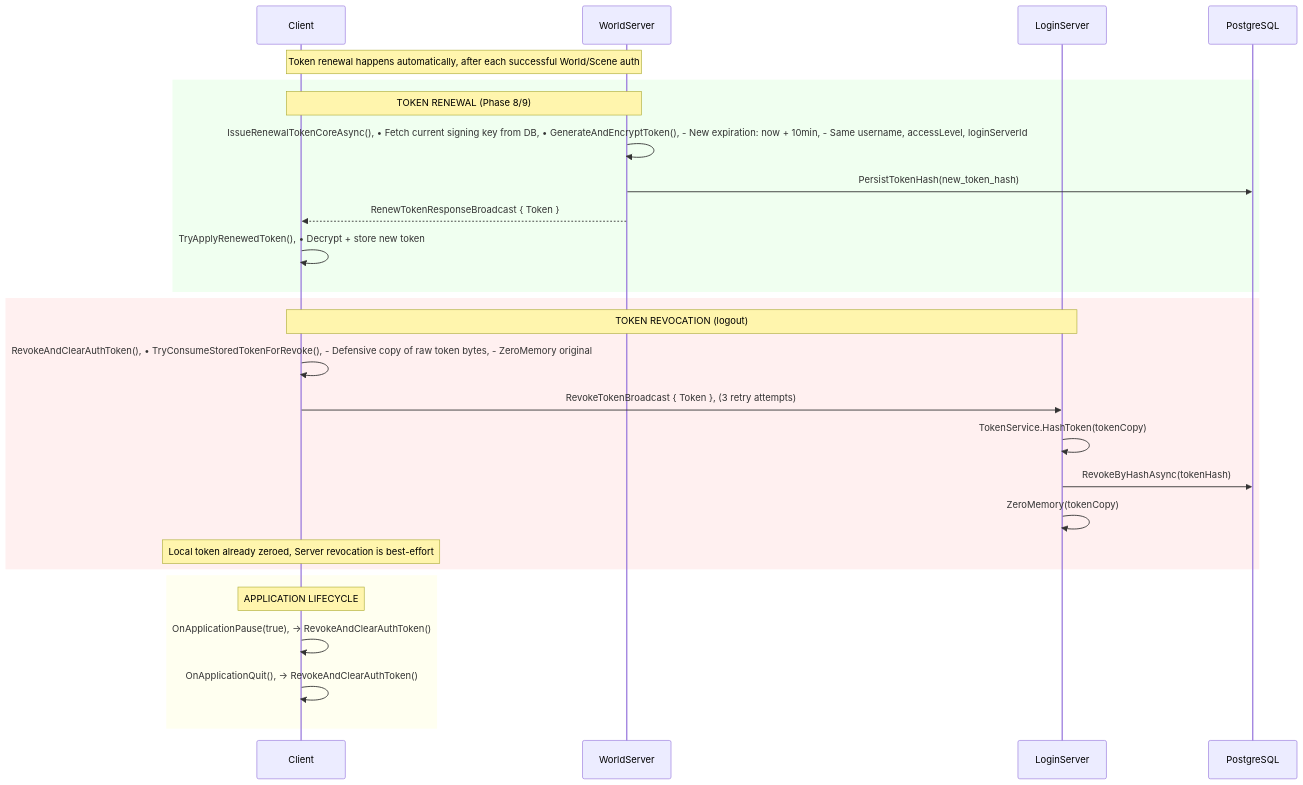
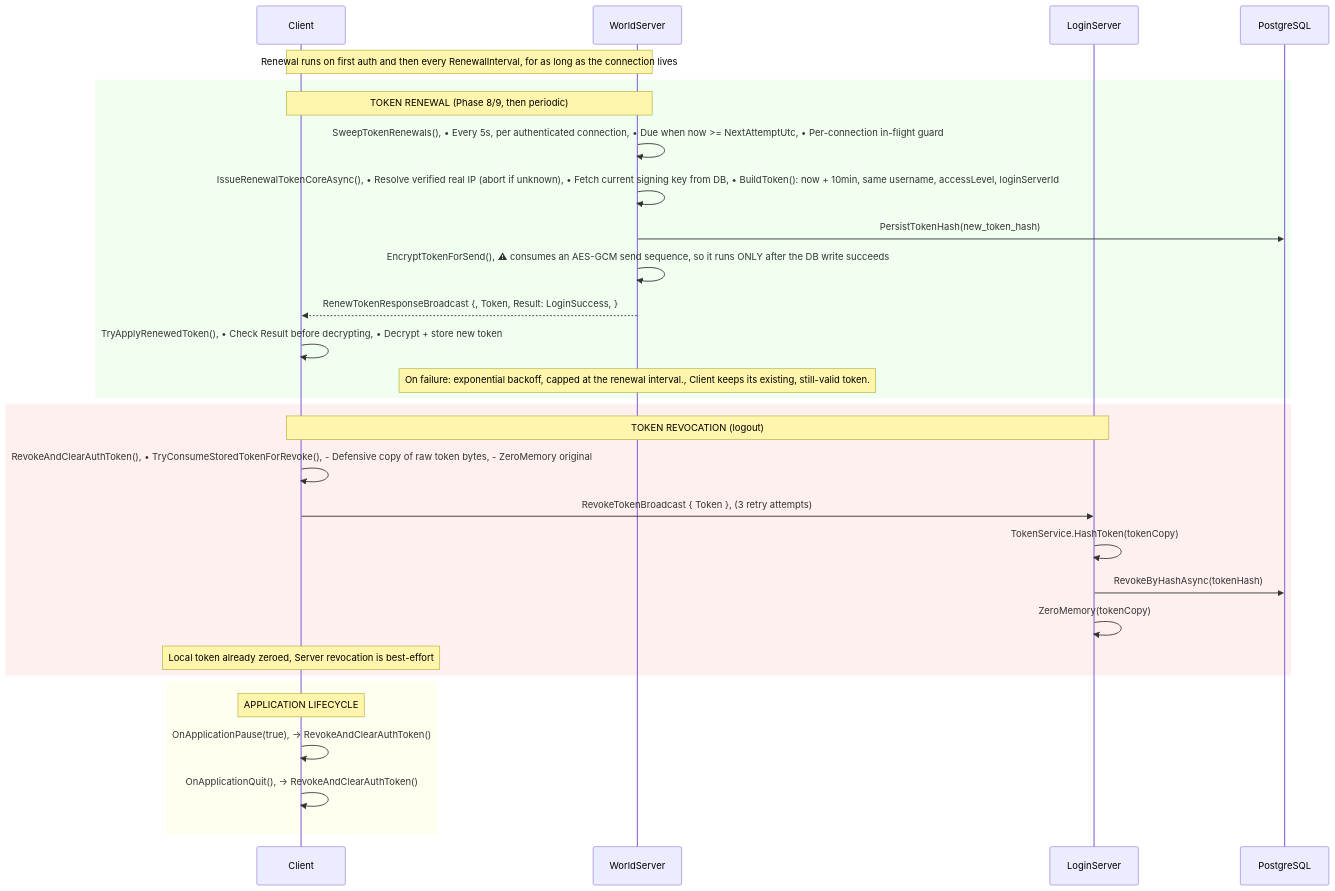
The tenth of 12 diagrams in CONNECTION_PIPELINE.md (jimdroberts/FishMMO), drawn with Mermaid before and after one commit. The commit also changed other lines of this file and 4 other files, not shown here.

````diff
--- a/CONNECTION_PIPELINE.md
+++ b/CONNECTION_PIPELINE.md
@@ -563,33 +572,36 @@
 ```mermaid
 sequenceDiagram
     participant Client as Client
     participant World as WorldServer
     participant Login as LoginServer
     participant DB as PostgreSQL
 
-    Note over Client,World: Token renewal happens automatically, after each successful World/Scene auth
+    Note over Client,World: Renewal runs on first auth and then every RenewalInterval, for as long as the connection lives
 
     rect rgb(240, 255, 240)
-        Note over Client,World: TOKEN RENEWAL (Phase 8/9)
-        World->>World: IssueRenewalTokenCoreAsync(), • Fetch current signing key from DB, • GenerateAndEncryptToken(),   - New expiration: now + 10min,   - Same username, accessLevel, loginServerId
+        Note over Client,World: TOKEN RENEWAL (Phase 8/9, then periodic)
+        World->>World: SweepTokenRenewals(), • Every 5s, per authenticated connection, • Due when now >= NextAttemptUtc, • Per-connection in-flight guard
+        World->>World: IssueRenewalTokenCoreAsync(), • Resolve verified real IP (abort if unknown), • Fetch current signing key from DB, • BuildToken(): now + 10min,   same username, accessLevel, loginServerId
         World->>DB: PersistTokenHash(new_token_hash)
-        World-->>Client: RenewTokenResponseBroadcast { Token }
-        Client->>Client: TryApplyRenewedToken(), • Decrypt + store new token
+        World->>World: EncryptTokenForSend(), ⚠ consumes an AES-GCM send sequence, so it runs ONLY after the DB write succeeds
+        World-->>Client: RenewTokenResponseBroadcast {, Token, Result: LoginSuccess, }
+        Client->>Client: TryApplyRenewedToken(), • Check Result before decrypting, • Decrypt + store new token
+        Note over World: On failure: exponential backoff, capped at the renewal interval., Client keeps its existing, still-valid token.
     end
 
     rect rgb(255, 240, 240)
         Note over Client,Login: TOKEN REVOCATION (logout)
         Client->>Client: RevokeAndClearAuthToken(), • TryConsumeStoredTokenForRevoke(),   - Defensive copy of raw token bytes,   - ZeroMemory original
         Client->>Login: RevokeTokenBroadcast { Token }, (3 retry attempts)
         Login->>Login: TokenService.HashToken(tokenCopy)
         Login->>DB: RevokeByHashAsync(tokenHash)
         Login->>Login: ZeroMemory(tokenCopy)
         Note over Client: Local token already zeroed, Server revocation is best-effort
     end
 
     rect rgb(255, 255, 240)
         Note over Client: APPLICATION LIFECYCLE
         Client->>Client: OnApplicationPause(true), → RevokeAndClearAuthToken()
         Client->>Client: OnApplicationQuit(), → RevokeAndClearAuthToken()
     end
 ```
````
